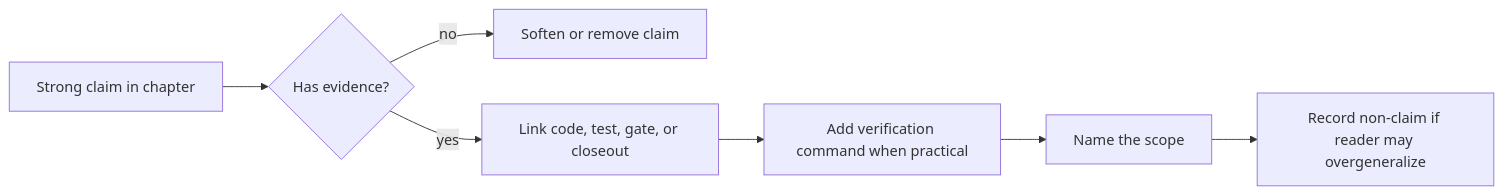
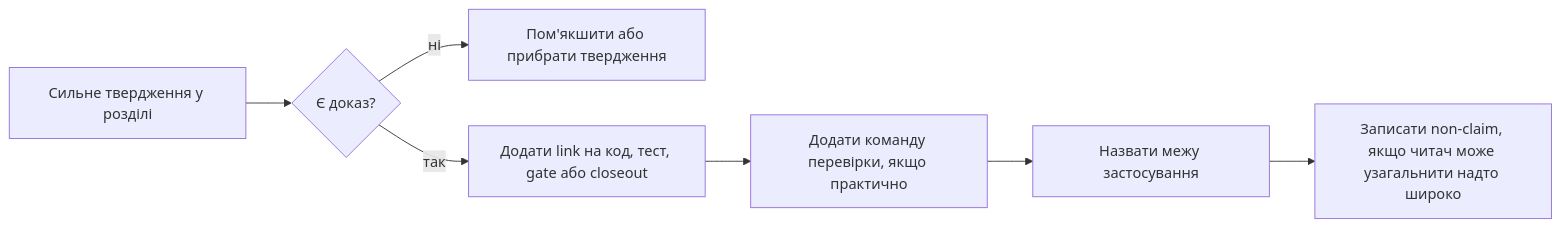
Before and after one commit to otsybulsky/RadarPulse: the diagram in docs/handbook/book/appendix_b_claim_evidence_matrix.md, drawn with Mermaid. The commit also changed other lines of this file and 31 other files, not shown here.

````diff
--- a/docs/handbook/book/appendix_b_claim_evidence_matrix.md
+++ b/docs/handbook/book/appendix_b_claim_evidence_matrix.md
@@ -15,9 +15,9 @@
 ```mermaid
 flowchart LR
-    A[Strong claim in chapter] --> B{Has evidence?}
-    B -- no --> C[Soften or remove claim]
-    B -- yes --> D[Link code, test, gate, or closeout]
-    D --> E[Add verification command when practical]
-    E --> F[Name the scope]
-    F --> G[Record non-claim if reader may overgeneralize]
+    A[Сильне твердження у розділі] --> B{Є доказ?}
+    B -- ні --> C[Пом'якшити або прибрати твердження]
+    B -- так --> D[Додати link на код, тест, gate або closeout]
+    D --> E[Додати команду перевірки, якщо практично]
+    E --> F[Назвати межу застосування]
+    F --> G[Записати non-claim, якщо читач може узагальнити надто широко]
 ```
````
